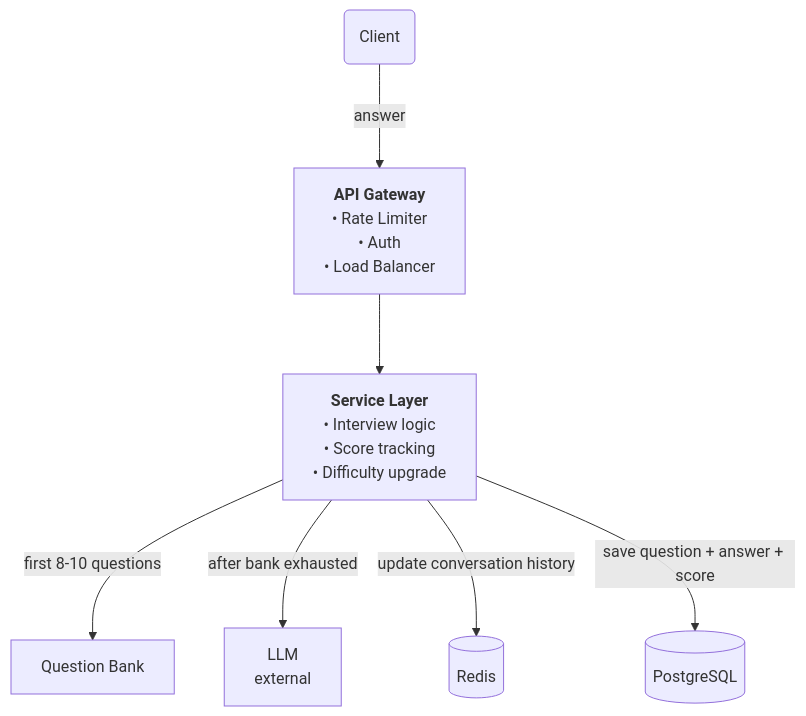
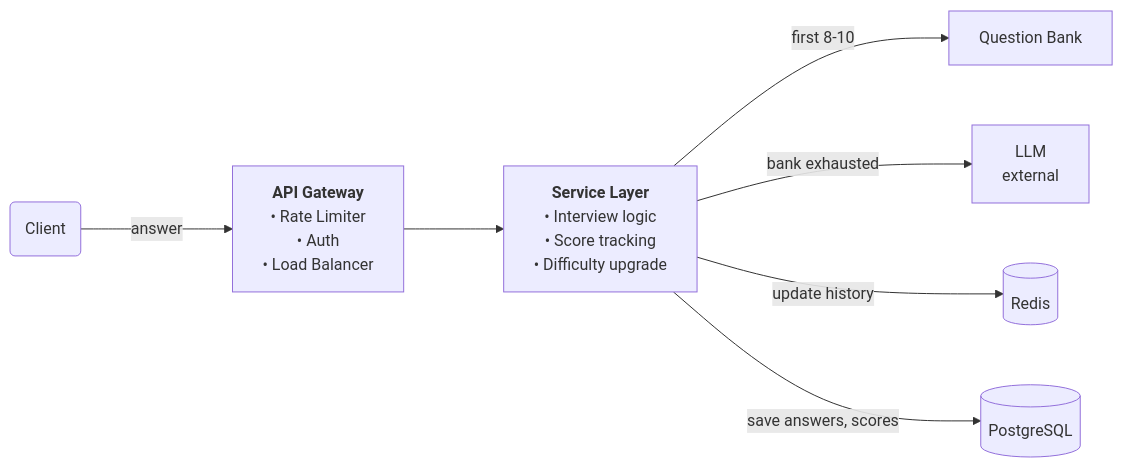
One commit to shivam-tamboli/GrillMyProject changed the third of 4 diagrams in SYSTEM_DESIGN.md. Above: the diagram before and after it, drawn with Mermaid. The commit also changed other lines of this file, not shown here.

Commit message:
fix all diagrams — LR direction, one way flow, clean spacing

````diff
--- a/SYSTEM_DESIGN.md
+++ b/SYSTEM_DESIGN.md
@@ -375,18 +375,18 @@
 ```mermaid
-%%{init: {'flowchart': {'nodeSpacing': 50, 'rankSpacing': 80}}}%%
-flowchart TD
+%%{init: {'flowchart': {'nodeSpacing': 60, 'rankSpacing': 100}}}%%
+flowchart LR
     Client(Client)
     GW["<b>API Gateway</b><br/>• Rate Limiter<br/>• Auth<br/>• Load Balancer"]
     SVC["<b>Service Layer</b><br/>• Interview logic<br/>• Score tracking<br/>• Difficulty upgrade"]
     QB[Question Bank]
     LLM["LLM<br/>external"]
     RD[(Redis)]
     PG[(PostgreSQL)]
 
     Client -->|answer| GW
     GW --> SVC
-    SVC -->|first 8-10 questions| QB
-    SVC -->|after bank exhausted| LLM
-    SVC -->|update conversation history| RD
-    SVC -->|save question + answer + score| PG
+    SVC -->|first 8-10| QB
+    SVC -->|bank exhausted| LLM
+    SVC -->|update history| RD
+    SVC -->|save answers, scores| PG
 ```
````
